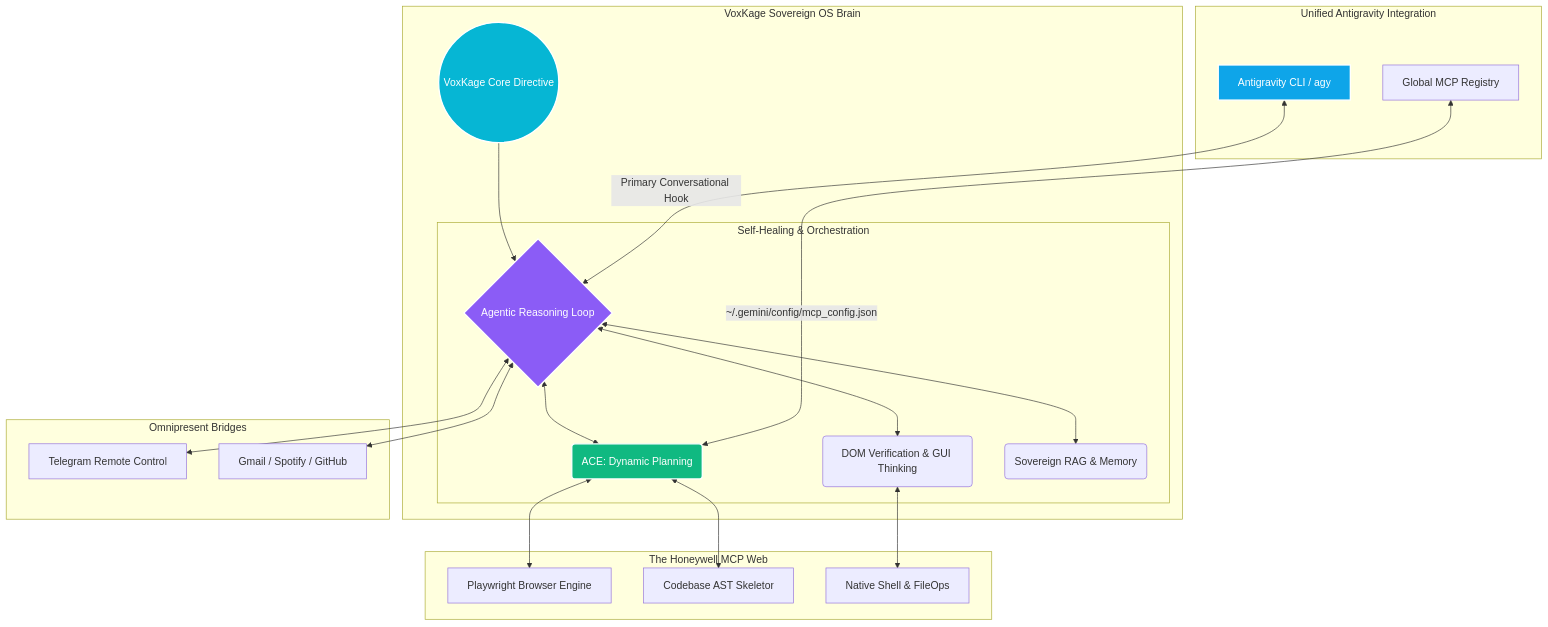
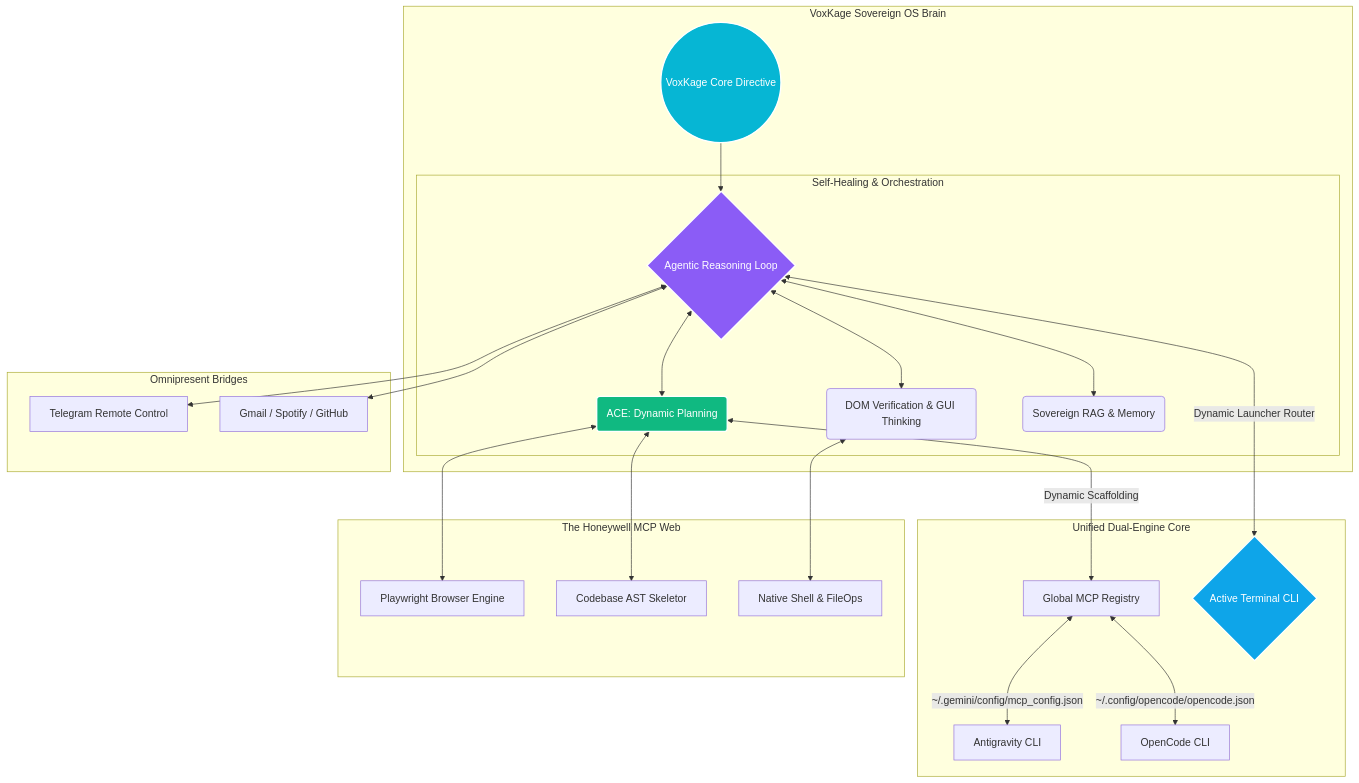
Before and after one commit to ayushdwivedi001/VoxKage: the diagram in README.md, drawn with Mermaid. The commit also changed other lines of this file and 2 other files, not shown here.

Commit message:
docs: overhaul README with v1.1.5 dual-engine support and add creator button; bump version to 1.1.5

````diff
--- a/README.md
+++ b/README.md
@@ -63,33 +63,35 @@
-```mermaid
-graph TD
-    subgraph "VoxKage Sovereign OS Brain"
-        A((VoxKage Core Directive)) --> B{Agentic Reasoning Loop}
-
-        subgraph "Self-Healing & Orchestration"
-            B <--> C(ACE: Dynamic Planning)
-            B <--> D(DOM Verification & GUI Thinking)
-            B <--> E(Sovereign RAG & Memory)
-        end
-    end
-
-    subgraph "Unified Antigravity Integration"
-        F[Global MCP Registry] <--> |~/.gemini/config/mcp_config.json| C
-        G[Antigravity CLI / agy] <--> |Primary Conversational Hook| B
-    end
-
-    subgraph "The Honeywell MCP Web"
-        C <--> H[Playwright Browser Engine]
-        C <--> I[Codebase AST Skeletor]
-        D <--> J[Native Shell & FileOps]
-    end
-
-    subgraph "Omnipresent Bridges"
-        B <--> K[Telegram Remote Control]
-        B <--> L[Gmail / Spotify / GitHub]
-    end
-
-    style A fill:#06b6d4,stroke:#fff,stroke-width:2px,color:#fff
-    style B fill:#8b5cf6,stroke:#fff,stroke-width:2px,color:#fff
-    style C fill:#10b981,stroke:#fff,stroke-width:2px,color:#fff
-    style G fill:#0ea5e9,stroke:#fff,stroke-width:2px,color:#fff
-```
+ ```mermaid
+ graph TD
+     subgraph "VoxKage Sovereign OS Brain"
+         A((VoxKage Core Directive)) --> B{Agentic Reasoning Loop}
+ 
+         subgraph "Self-Healing & Orchestration"
+             B <--> C(ACE: Dynamic Planning)
+             B <--> D(DOM Verification & GUI Thinking)
+             B <--> E(Sovereign RAG & Memory)
+         end
+     end
+ 
+     subgraph "Unified Dual-Engine Core"
+         C <--> |Dynamic Scaffolding| F[Global MCP Registry]
+         F <--> |~/.gemini/config/mcp_config.json| G[Antigravity CLI]
+         F <--> |~/.config/opencode/opencode.json| H[OpenCode CLI]
+         B <--> |Dynamic Launcher Router| I{Active Terminal CLI}
+     end
+ 
+     subgraph "The Honeywell MCP Web"
+         C <--> J[Playwright Browser Engine]
+         C <--> K[Codebase AST Skeletor]
+         D <--> L[Native Shell & FileOps]
+     end
+ 
+     subgraph "Omnipresent Bridges"
+         B <--> M[Telegram Remote Control]
+         B <--> N[Gmail / Spotify / GitHub]
+     end
+ 
+     style A fill:#06b6d4,stroke:#fff,stroke-width:2px,color:#fff
+     style B fill:#8b5cf6,stroke:#fff,stroke-width:2px,color:#fff
+     style C fill:#10b981,stroke:#fff,stroke-width:2px,color:#fff
+     style I fill:#0ea5e9,stroke:#fff,stroke-width:2px,color:#fff
+ ```
````
